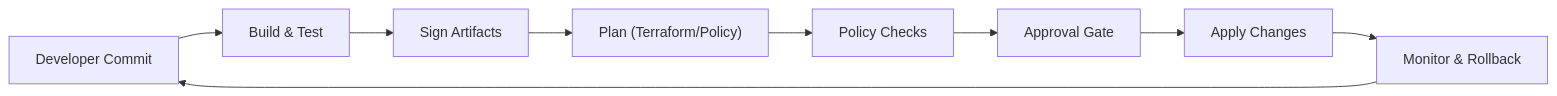
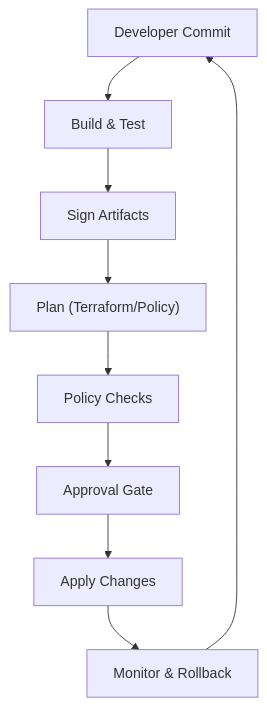
Before and after one commit to aurelius-in/TALON: the diagram in docs/build/CI-CD.md, drawn with Mermaid.

````diff
--- a/docs/build/CI-CD.md
+++ b/docs/build/CI-CD.md
@@ -67,12 +67,12 @@
 ```mermaid
-flowchart LR
+flowchart TB
     S[Developer Commit] --> CI[Build & Test]
     CI --> SG[Sign Artifacts]
     SG --> PL["Plan (Terraform/Policy)"]
     PL --> PC[Policy Checks]
     PC --> AP[Approval Gate]
     AP --> CD[Apply Changes]
     CD --> MON[Monitor & Rollback]
     MON --> S
 
 ```
````
